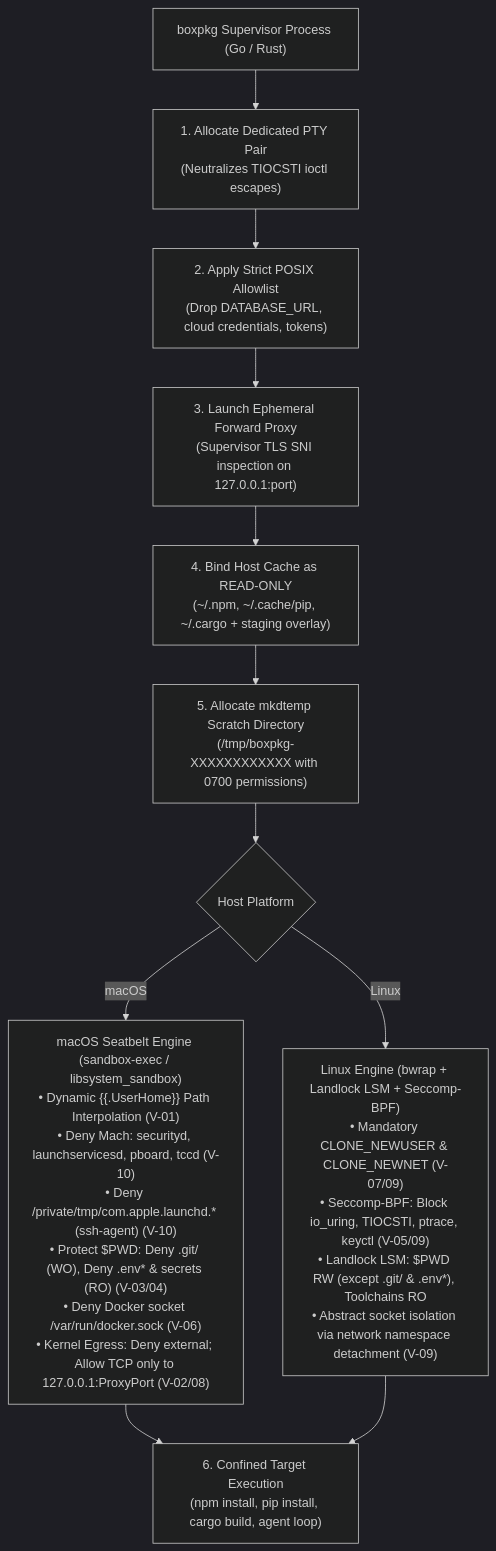
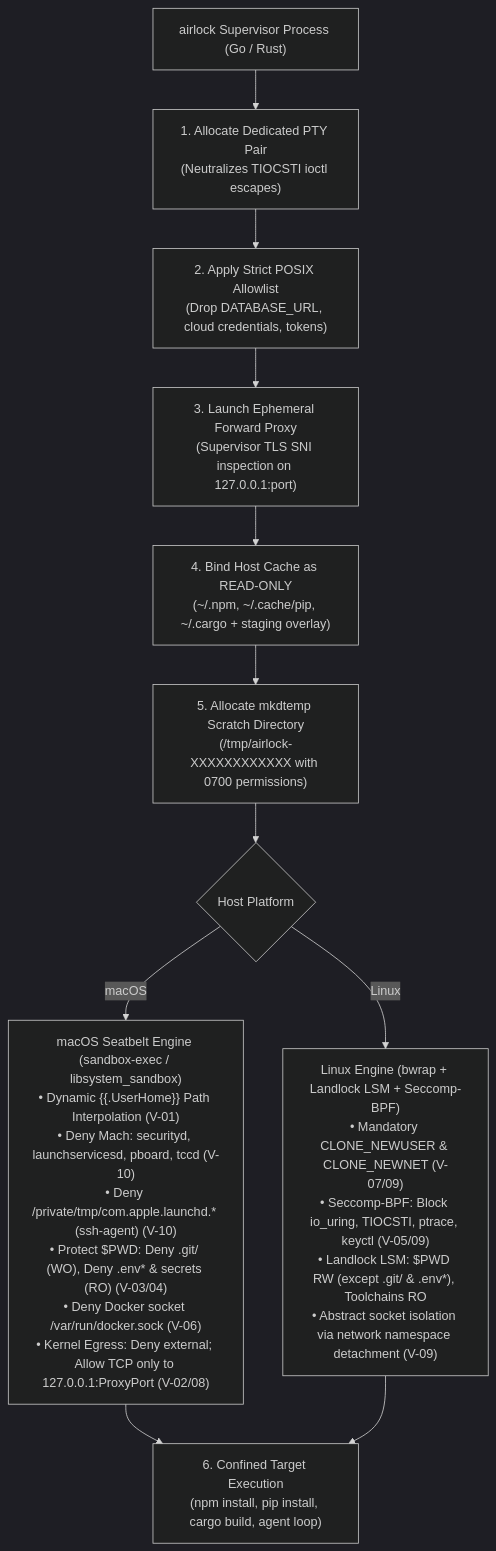
The first of 2 diagrams in PROJECT_PLAN.md (bonjoski/airlock), drawn with Mermaid (dark theme) before and after one commit. The commit also changed other lines of this file and 15 other files, not shown here.

````diff
--- a/PROJECT_PLAN.md
+++ b/PROJECT_PLAN.md
@@ -16,17 +16,17 @@
 ```mermaid
 flowchart TD
-    CLI["boxpkg Supervisor Process (Go / Rust)"] --> PTY["1. Allocate Dedicated PTY Pair<br/>(Neutralizes TIOCSTI ioctl escapes)"]
+    CLI["airlock Supervisor Process (Go / Rust)"] --> PTY["1. Allocate Dedicated PTY Pair<br/>(Neutralizes TIOCSTI ioctl escapes)"]
     PTY --> ENV["2. Apply Strict POSIX Allowlist<br/>(Drop DATABASE_URL, cloud credentials, tokens)"]
     ENV --> PROXY["3. Launch Ephemeral Forward Proxy<br/>(Supervisor TLS SNI inspection on 127.0.0.1:port)"]
     PROXY --> CACHE["4. Bind Host Cache as READ-ONLY<br/>(~/.npm, ~/.cache/pip, ~/.cargo + staging overlay)"]
-    CACHE --> SCRATCH["5. Allocate mkdtemp Scratch Directory<br/>(/tmp/boxpkg-XXXXXXXXXXXX with 0700 permissions)"]
+    CACHE --> SCRATCH["5. Allocate mkdtemp Scratch Directory<br/>(/tmp/airlock-XXXXXXXXXXXX with 0700 permissions)"]
     
     SCRATCH --> OS{Host Platform}
     
     OS -->|macOS| SEATBELT["macOS Seatbelt Engine (sandbox-exec / libsystem_sandbox)<br/>• Dynamic {{.UserHome}} Path Interpolation (V-01)<br/>• Deny Mach: securityd, launchservicesd, pboard, tccd (V-10)<br/>• Deny /private/tmp/com.apple.launchd.* (ssh-agent) (V-10)<br/>• Protect $PWD: Deny .git/ (WO), Deny .env* & secrets (RO) (V-03/04)<br/>• Deny Docker socket /var/run/docker.sock (V-06)<br/>• Kernel Egress: Deny external; Allow TCP only to 127.0.0.1:ProxyPort (V-02/08)"]
     
     OS -->|Linux| LINUX["Linux Engine (bwrap + Landlock LSM + Seccomp-BPF)<br/>• Mandatory CLONE_NEWUSER & CLONE_NEWNET (V-07/09)<br/>• Seccomp-BPF: Block io_uring, TIOCSTI, ptrace, keyctl (V-05/09)<br/>• Landlock LSM: $PWD RW (except .git/ & .env*), Toolchains RO<br/>• Abstract socket isolation via network namespace detachment (V-09)"]
     
     SEATBELT --> EXEC["6. Confined Target Execution<br/>(npm install, pip install, cargo build, agent loop)"]
     LINUX --> EXEC
 ```
````
